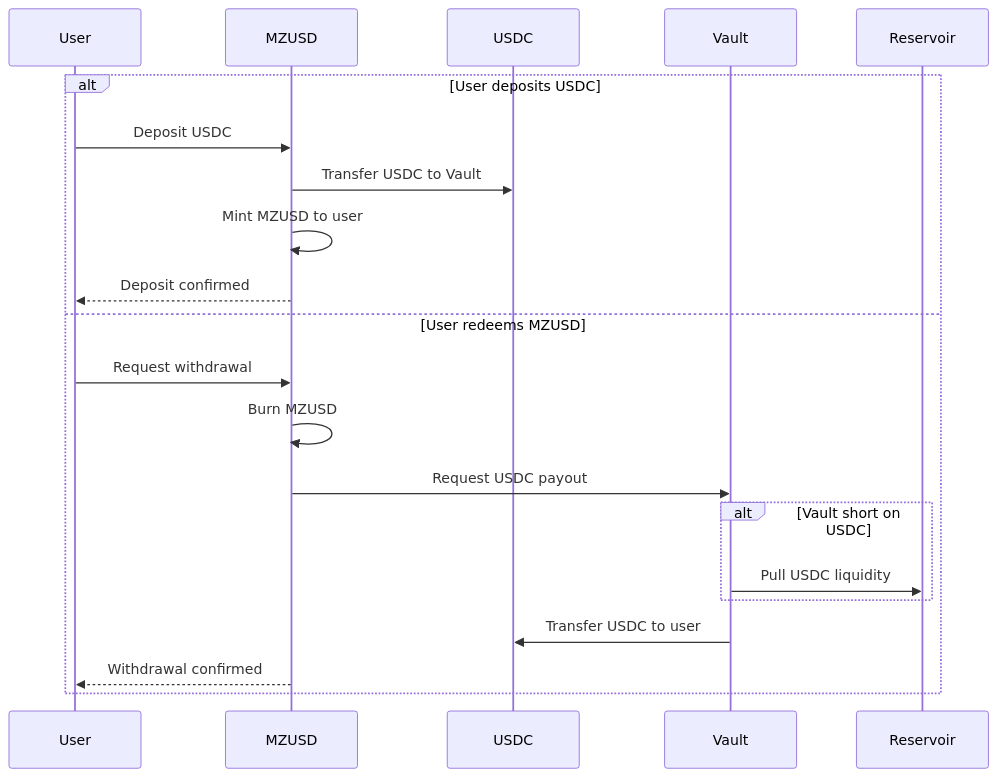
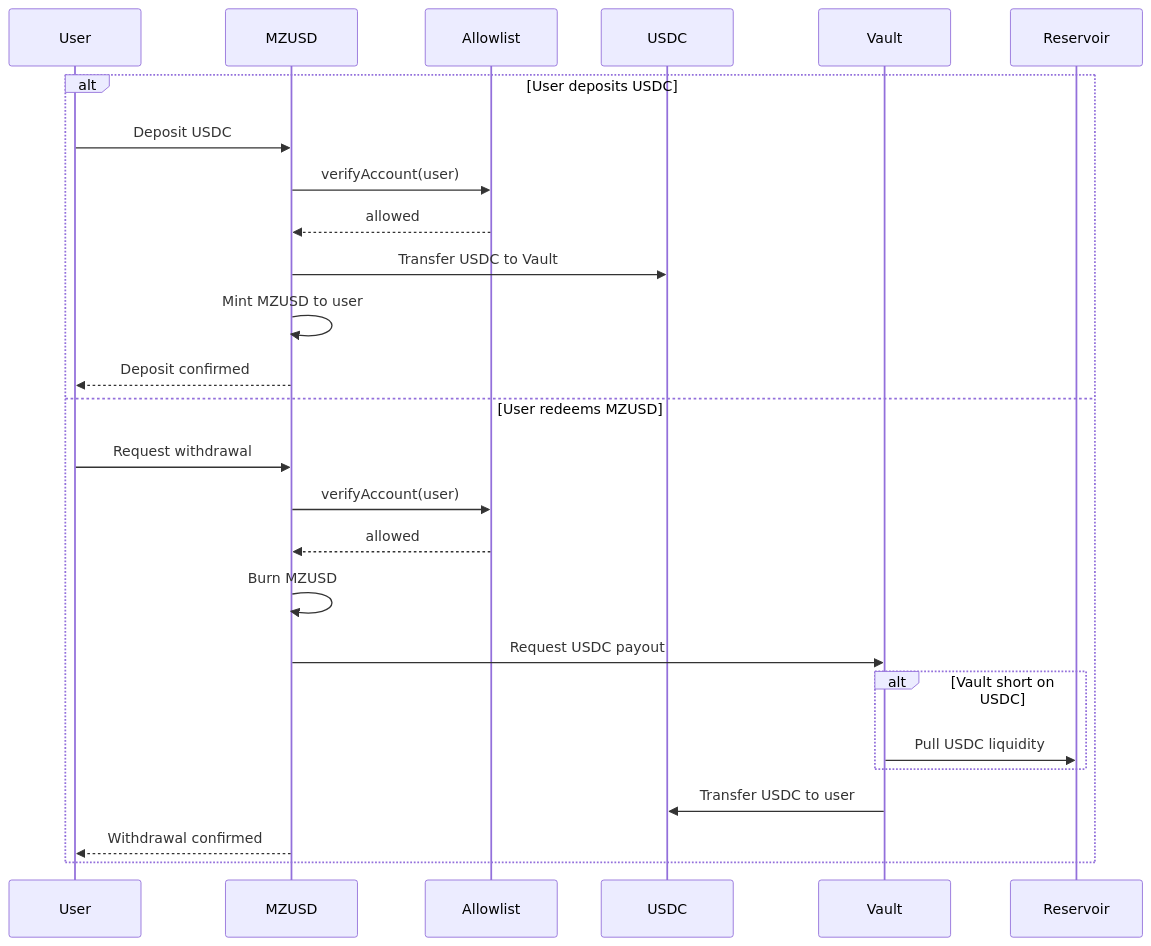
One commit to mezzanine-finance/smart-contracts changed the third of 7 diagrams in documentation/protocol-diagrams.md. Above: the diagram before and after it, drawn with Mermaid. The commit also changed other lines of this file and 4 other files, not shown here.

````diff
--- a/documentation/protocol-diagrams.md
+++ b/documentation/protocol-diagrams.md
@@ -118,24 +121,29 @@
 ```mermaid
 sequenceDiagram
   participant User
   participant MZUSD
+  participant Allowlist
   participant USDC
   participant Vault
   participant Reservoir
 
   alt User deposits USDC
     User->>MZUSD: Deposit USDC
+    MZUSD->>Allowlist: verifyAccount(user)
+    Allowlist-->>MZUSD: allowed
     MZUSD->>USDC: Transfer USDC to Vault
     MZUSD->>MZUSD: Mint MZUSD to user
     MZUSD-->>User: Deposit confirmed
   else User redeems MZUSD
     User->>MZUSD: Request withdrawal
+    MZUSD->>Allowlist: verifyAccount(user)
+    Allowlist-->>MZUSD: allowed
     MZUSD->>MZUSD: Burn MZUSD
     MZUSD->>Vault: Request USDC payout
     alt Vault short on USDC
       Vault->>Reservoir: Pull USDC liquidity
     end
     Vault->>USDC: Transfer USDC to user
     MZUSD-->>User: Withdrawal confirmed
   end
 ```
````
